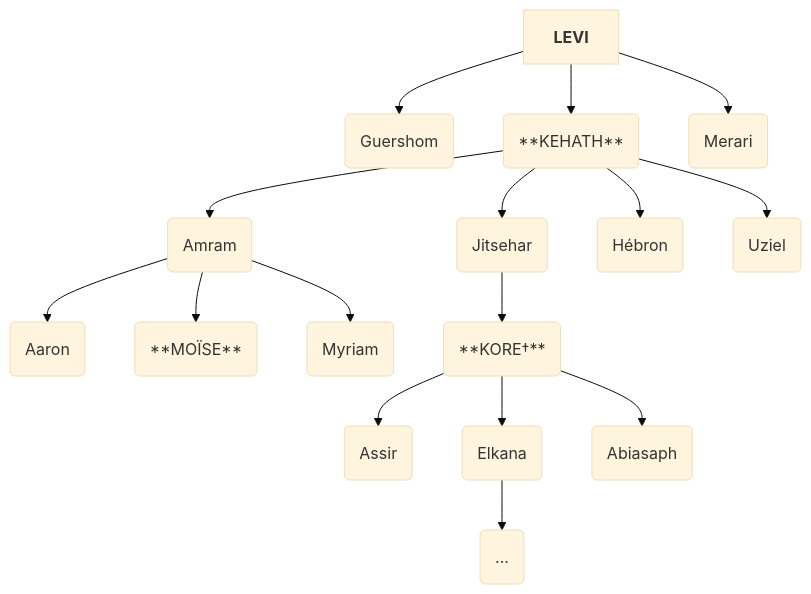
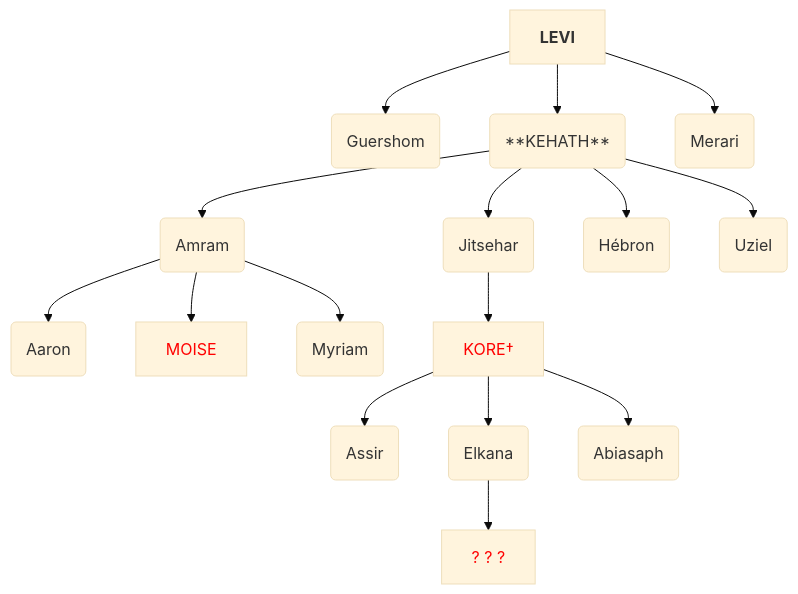
The second of 3 diagrams in posts/ps44/index.qmd (fischerpj/xbib), drawn with Mermaid (base theme) before and after one commit. The commit also changed other lines of this file and 20 other files, not shown here.

````diff
--- a/posts/ps44/index.qmd
+++ b/posts/ps44/index.qmd
@@ -120,27 +173,27 @@
 ```{mermaid}
 flowchart TD
    A["<div title='3e fils de Jacob-Israêl, tribu mise à part pour le service du sanctuaire, sans territoire si ce n est 48 villes dont 6 de refuge'><b>LEVI</b></div>"] --> B(Guershom)
    A --> C(**KEHATH**)
    A --> D(Merari)
 
    %% --- Sous-graph Kehath ---
       C --> E(Amram)
       C --> F(Jitsehar)
       C --> G(Hébron)
       C --> H(Uziel)
 
       E --> I(Aaron)
-      E --> J(**MOÏSE**)
+      E --> J["<div title="9-17" style="color: red">MOISE</div>"]
       E --> K(Myriam)
 
-      F --> N(**KORE&dagger;**)
+      F --> N["<div title="9-17" style="color: red">KORE&dagger;</div>"]
       N --> O(Assir)
       N --> P(Elkana)
       N --> Q(Abiasaph)
 
-      P --> R(   ...   )
+      P --> R["<div style="color: red">? ? ?</div>"]
 
    %% --- Sous-graph Merari ---
 %%      D --> L(Machli)
 %%      D --> M(Muschi)
 ```
````
